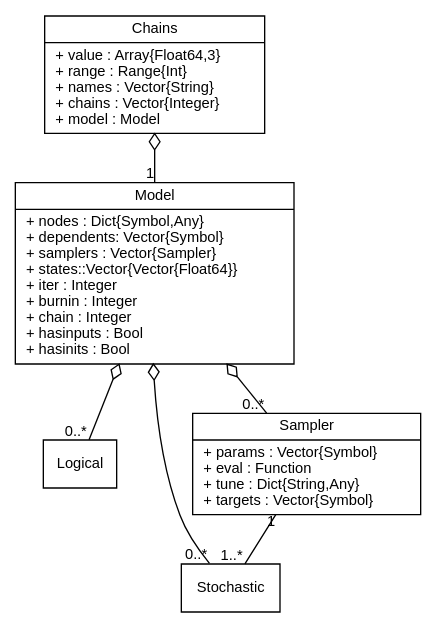
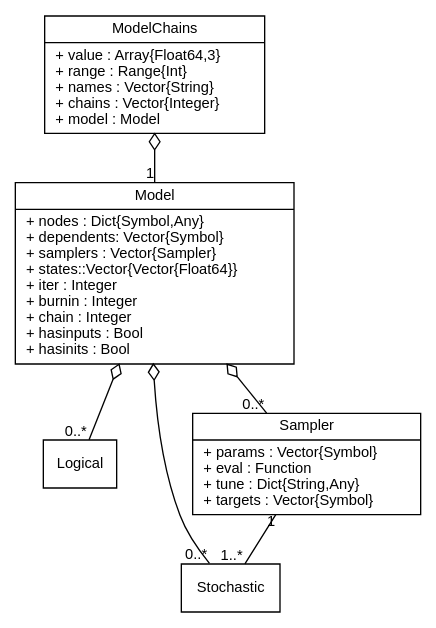
Before and after one commit to brian-j-smith/Mamba.jl: the diagram in doc/images/mcmcUML.dot, drawn with Graphviz. The commit also changed 16 other files, not shown here.

```diff
--- a/doc/images/mcmcUML.dot
+++ b/doc/images/mcmcUML.dot
@@ -1,25 +1,25 @@
 graph MCMC {
     fontname = "Helvetica"
     fontsize = 11
 
     node [fontname = "Helvetica", fontsize = 11, shape = record]
 
     edge [fontname = "Helvetica", fontsize = 11, dir = both, arrowtail = none, arrowhead = none]
 
     Logical [label = "{Logical}", pos="0,175"]
 
     Stochastic [label = "{Stochastic}", pos="100,175"]
 
     Sampler [label = "{Sampler|+ params : Vector\{Symbol\}\l+ eval : Function\l+ tune : Dict\{String,Any\}\l+ targets : Vector\{Symbol\}\l}", pos="275,125"]
 
     Model [label = "{Model|+ nodes : Dict\{Symbol,Any\}\l+ dependents: Vector\{Symbol\}\l+ samplers : Vector\{Sampler\}\l+ states::Vector\{Vector\{Float64\}\}\l+ iter : Integer\l+ burnin : Integer\l+ chain : Integer\l+ hasinputs : Bool\l+ hasinits : Bool\l}", pos="50,25"]
 
-    Chains [label = "{Chains|+ value : Array\{Float64,3\}\l+ range : Range\{Int\}\l+ names : Vector\{String\}\l+ chains : Vector\{Integer\}\l+ model : Model\l}", pos="275,0"]
+    ModelChains [label = "{ModelChains|+ value : Array\{Float64,3\}\l+ range : Range\{Int\}\l+ names : Vector\{String\}\l+ chains : Vector\{Integer\}\l+ model : Model\l}", pos="275,0"]
 
     Sampler -- Stochastic[taillabel = "1", headlabel = "1..*"]
     Model -- Sampler[arrowtail = odiamond, headlabel = "0..*"]
     Model -- Logical[arrowtail = odiamond, headlabel = "0..*"]
     Model -- Stochastic[arrowtail = odiamond, headlabel = "0..*"]
-    Chains -- Model[arrowtail = odiamond, headlabel = "1"]
+    ModelChains -- Model[arrowtail = odiamond, headlabel = "1"]
 
 }
```
